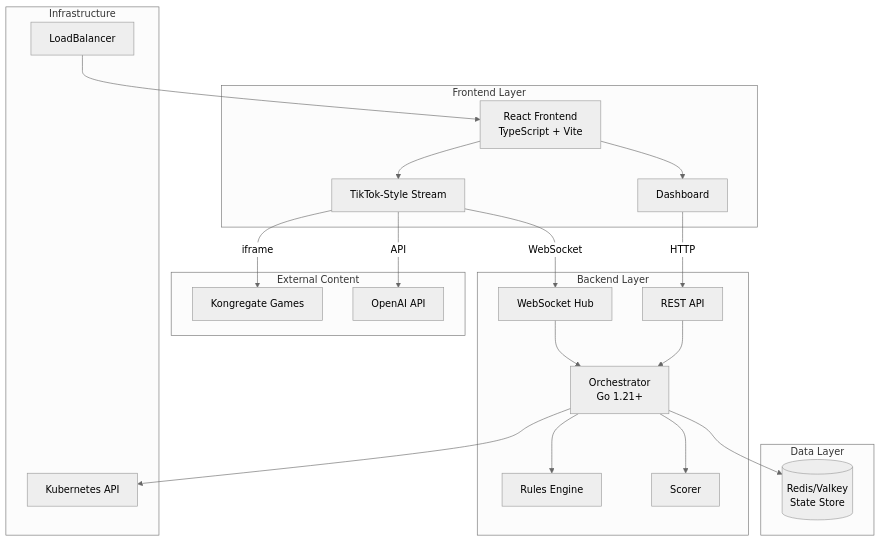
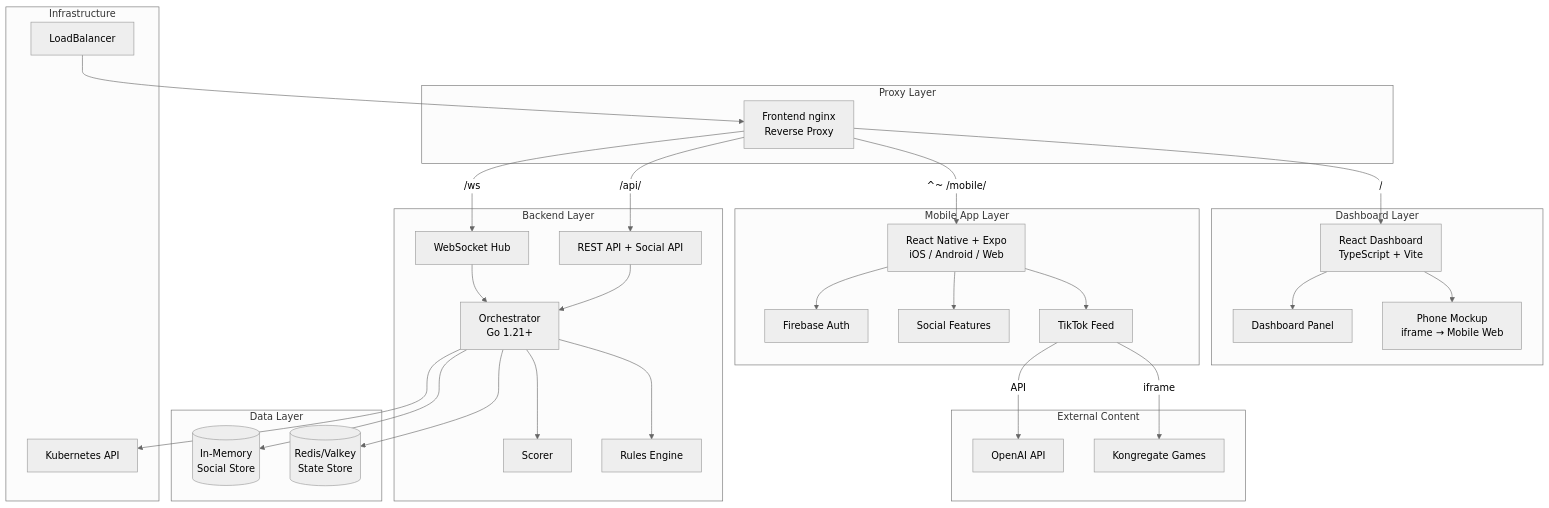
The first of 7 diagrams in README.md (ChanMeng666/gavigo), drawn with Mermaid (neutral theme) before and after one commit. The commit also changed other lines of this file and 2 other files, not shown here.

First line of the commit message:
docs: update project documentation for mobile app and social API

````diff
--- a/README.md
+++ b/README.md
@@ -79,44 +87,64 @@
 ```mermaid
 graph TB
-    subgraph "Frontend Layer"
-        FE[React Frontend<br/>TypeScript + Vite]
-        TT[TikTok-Style Stream]
-        DASH[Dashboard]
+    subgraph "Mobile App Layer"
+        MA[React Native + Expo<br/>iOS / Android / Web]
+        FEED[TikTok Feed]
+        SOCIAL[Social Features]
+        AUTH[Firebase Auth]
+    end
+
+    subgraph "Dashboard Layer"
+        FE[React Dashboard<br/>TypeScript + Vite]
+        PHONE[Phone Mockup<br/>iframe → Mobile Web]
+        DASH[Dashboard Panel]
+    end
+
+    subgraph "Proxy Layer"
+        NGINX[Frontend nginx<br/>Reverse Proxy]
     end
 
     subgraph "Backend Layer"
         ORCH[Orchestrator<br/>Go 1.21+]
         WS[WebSocket Hub]
-        API[REST API]
+        API[REST API + Social API]
         ENGINE[Rules Engine]
         SCORER[Scorer]
     end
 
     subgraph "Data Layer"
         REDIS[(Redis/Valkey<br/>State Store)]
+        MEMSOCIAL[(In-Memory<br/>Social Store)]
     end
 
     subgraph "External Content"
         KG[Kongregate Games]
         OAI[OpenAI API]
     end
 
     subgraph "Infrastructure"
         K8S[Kubernetes API]
         LB[LoadBalancer]
     end
 
-    FE --> TT
+    MA --> FEED
+    MA --> SOCIAL
+    MA --> AUTH
+    FE --> PHONE
     FE --> DASH
-    TT -->|WebSocket| WS
-    DASH -->|HTTP| API
+
+    LB --> NGINX
+    NGINX -->|/| FE
+    NGINX -->|^~ /mobile/| MA
+    NGINX -->|/api/| API
+    NGINX -->|/ws| WS
+
     WS --> ORCH
     API --> ORCH
     ORCH --> ENGINE
     ORCH --> SCORER
     ORCH --> REDIS
+    ORCH --> MEMSOCIAL
     ORCH --> K8S
-    TT -->|iframe| KG
-    TT -->|API| OAI
-    LB --> FE
+    FEED -->|iframe| KG
+    FEED -->|API| OAI
 ```
````
